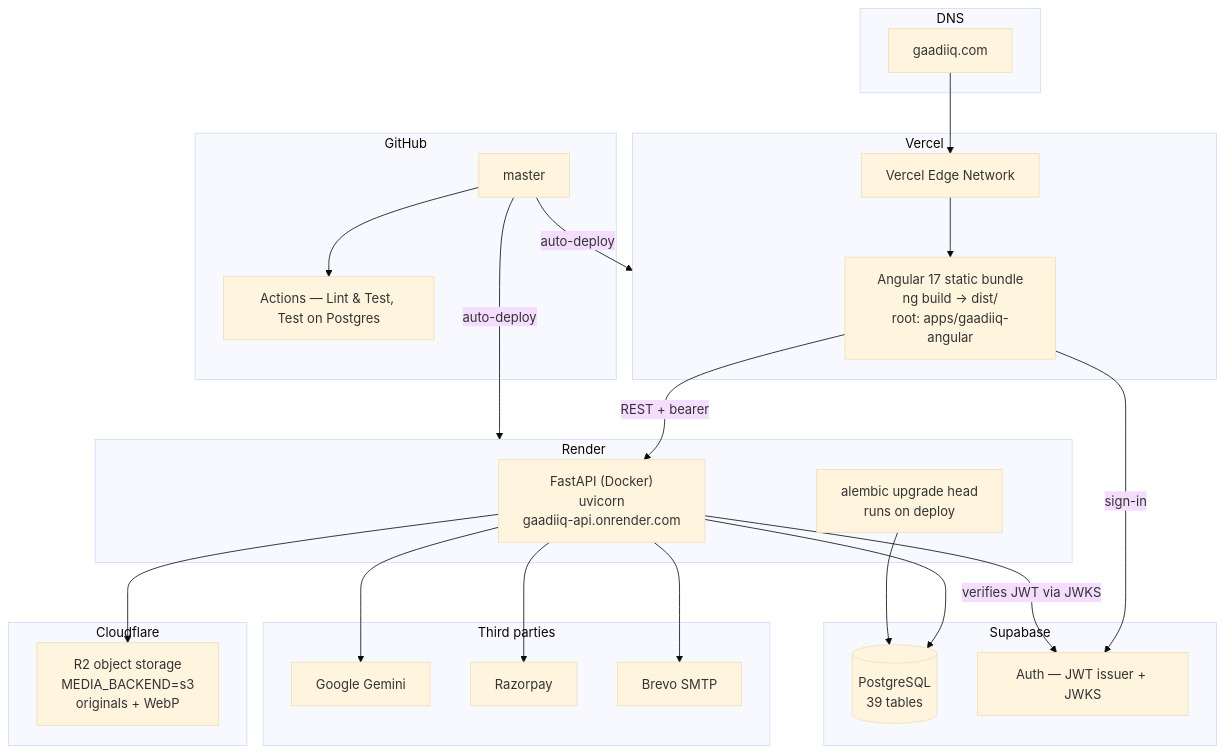
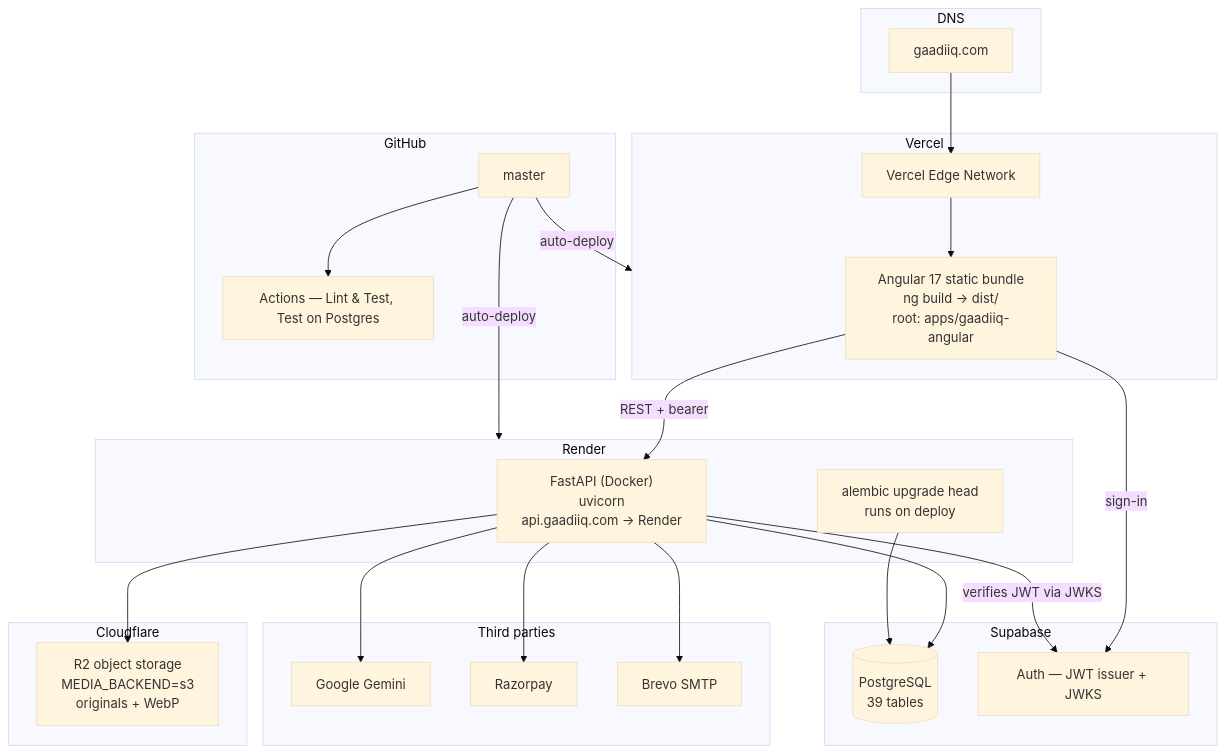
Before and after one commit to manojkparija/GAAADIIQ: the diagram in docs/HLD/DeploymentDiagram.md, drawn with Mermaid (base theme). The commit also changed 7 other files, not shown here.

````diff
--- a/docs/HLD/DeploymentDiagram.md
+++ b/docs/HLD/DeploymentDiagram.md
@@ -32,51 +32,51 @@
 ```mermaid
 graph TB
     subgraph DNS["DNS"]
         D["gaadiiq.com"]
     end
 
     subgraph VERCEL["Vercel"]
         VB["Angular 17 static bundle<br/>ng build → dist/<br/>root: apps/gaadiiq-angular"]
         VE["Vercel Edge Network"]
     end
 
     subgraph RENDER["Render"]
-        API["FastAPI (Docker)<br/>uvicorn<br/>gaadiiq-api.onrender.com"]
+        API["FastAPI (Docker)<br/>uvicorn<br/>api.gaadiiq.com → Render"]
         MIG["alembic upgrade head<br/>runs on deploy"]
     end
 
     subgraph SUPABASE["Supabase"]
         PG[("PostgreSQL<br/>39 tables")]
         AUTH["Auth — JWT issuer + JWKS"]
     end
 
     subgraph CF["Cloudflare"]
         R2["R2 object storage<br/>MEDIA_BACKEND=s3<br/>originals + WebP"]
     end
 
     subgraph EXT["Third parties"]
         GEM["Google Gemini"]
         RZP["Razorpay"]
         BREVO["Brevo SMTP"]
     end
 
     subgraph GH["GitHub"]
         REPO["master"]
         CI["Actions — Lint &amp; Test, Test on Postgres"]
     end
 
     D --> VE --> VB
     VB -->|"REST + bearer"| API
     API --> PG
     API --> R2
     API --> GEM
     API --> RZP
     API --> BREVO
     VB -->|"sign-in"| AUTH
     API -->|"verifies JWT via JWKS"| AUTH
     MIG --> PG
 
     REPO --> CI
     REPO -->|"auto-deploy"| VERCEL
     REPO -->|"auto-deploy"| RENDER
 ```
````
